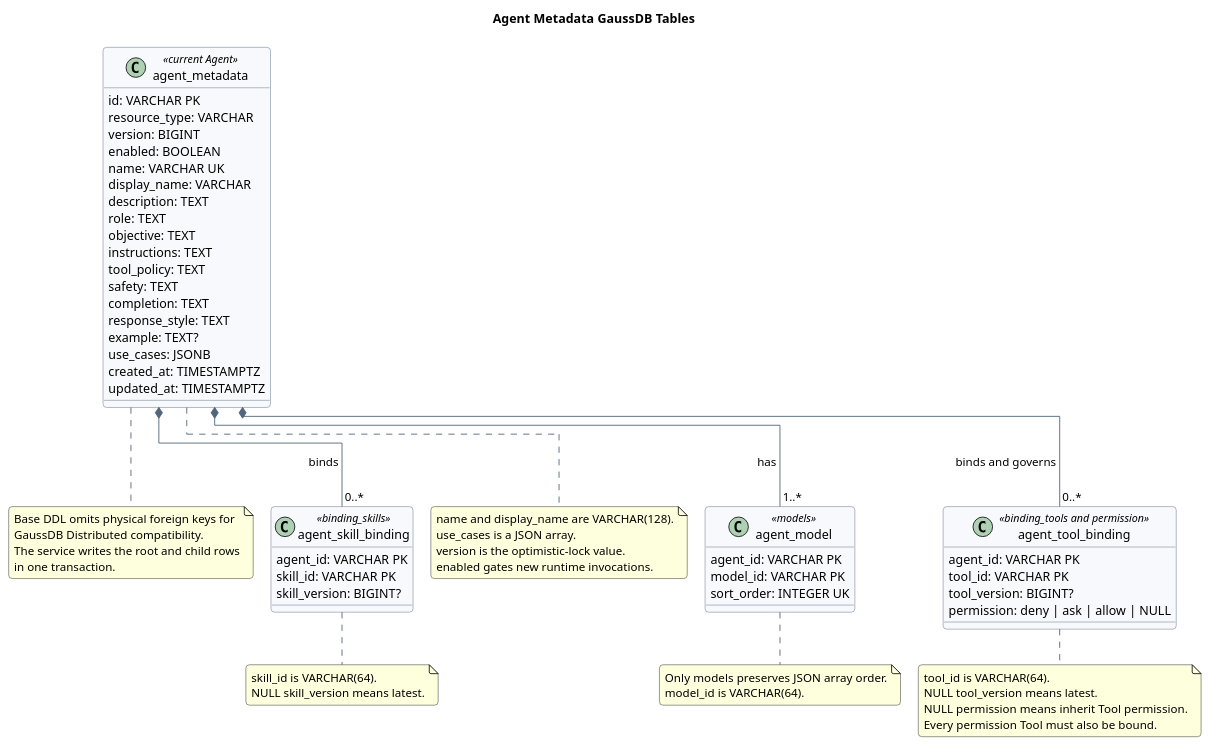
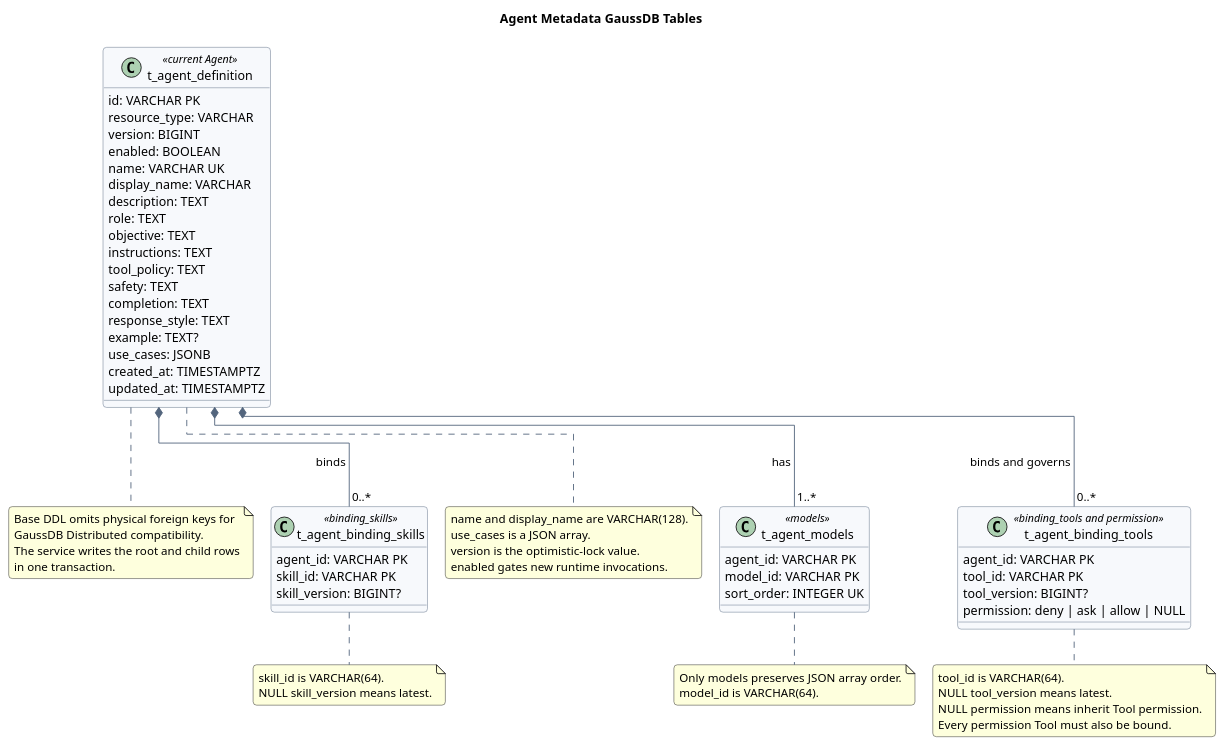
Before and after one commit to superheromeZzh/pi-mono-java-design: the diagram in agent-metadata-gaussdb-design/diagram.puml, drawn with PlantUML. The commit also changed other lines of this file and 3 other files, not shown here.

```diff
--- a/agent-metadata-gaussdb-design/diagram.puml
+++ b/agent-metadata-gaussdb-design/diagram.puml
@@ -6,106 +6,106 @@
 @startuml agent_metadata_gaussdb_model
 !pragma layout elk
 title Agent Metadata GaussDB Tables
 top to bottom direction
 
 skinparam backgroundColor #FFFFFF
 skinparam shadowing false
 skinparam roundcorner 8
 skinparam nodesep 45
 skinparam ranksep 50
 skinparam ArrowColor #53657D
 skinparam ClassBorderColor #53657D
 skinparam ClassBackgroundColor #F7F9FC
 skinparam classAttributeIconSize 0
 
 ' Source evidence:
 ' - Repository-relative path, Git-escaped:
 '   "AGENT\345\205\203\346\225\260\346\215\256\350\256\276\350\256\241.json":2-47.
-' - Fields at lines 2-24 map to agent_metadata; enabled is Boolean.
+' - Fields at lines 2-24 map to t_agent_definition; enabled is Boolean.
 ' - models at line 11 maps to the only ordered child table.
 ' - Tool binding and permission fields at lines 25-30 and 37-47 are merged.
 ' - Skill bindings at lines 31-36 have no order column.
 ' Observed behavior: the current JSON is a current-state Agent resource with a
 ' monotonically increasing version and no separate history resource.
 ' Design reason: fixed scalar and system prompt fields use typed columns,
 ' use_cases remains one JSON array, and independently queried references use tables.
 ' Product constraint: only model order is persisted; Tool and Skill order is not.
 ' GaussDB divergence: physical foreign keys are optional because GaussDB
 ' Distributed does not support them; the base DDL uses logical relationships.
 
-class agent_metadata <<current Agent>> {
+class t_agent_definition <<current Agent>> {
   id: VARCHAR PK
   resource_type: VARCHAR
   version: BIGINT
   enabled: BOOLEAN
   name: VARCHAR UK
   display_name: VARCHAR
   description: TEXT
   role: TEXT
   objective: TEXT
   instructions: TEXT
   tool_policy: TEXT
   safety: TEXT
   completion: TEXT
   response_style: TEXT
   example: TEXT?
   use_cases: JSONB
   created_at: TIMESTAMPTZ
   updated_at: TIMESTAMPTZ
 }
 
-class agent_model <<models>> {
+class t_agent_models <<models>> {
   agent_id: VARCHAR PK
   model_id: VARCHAR PK
   sort_order: INTEGER UK
 }
 
-class agent_tool_binding <<binding_tools and permission>> {
+class t_agent_binding_tools <<binding_tools and permission>> {
   agent_id: VARCHAR PK
   tool_id: VARCHAR PK
   tool_version: BIGINT?
   permission: deny | ask | allow | NULL
 }
 
-class agent_skill_binding <<binding_skills>> {
+class t_agent_binding_skills <<binding_skills>> {
   agent_id: VARCHAR PK
   skill_id: VARCHAR PK
   skill_version: BIGINT?
 }
 
-agent_metadata *-- "1..*" agent_model : has
-agent_metadata *-- "0..*" agent_tool_binding : binds and governs
-agent_metadata *-- "0..*" agent_skill_binding : binds
+t_agent_definition *-- "1..*" t_agent_models : has
+t_agent_definition *-- "0..*" t_agent_binding_tools : binds and governs
+t_agent_definition *-- "0..*" t_agent_binding_skills : binds
 
-note right of agent_metadata
+note right of t_agent_definition
 name and display_name are VARCHAR(128).
 use_cases is a JSON array.
 version is the optimistic-lock value.
 enabled gates new runtime invocations.
 end note
 
-note right of agent_model
+note right of t_agent_models
 Only models preserves JSON array order.
 model_id is VARCHAR(64).
 end note
 
-note bottom of agent_tool_binding
+note bottom of t_agent_binding_tools
 tool_id is VARCHAR(64).
 NULL tool_version means latest.
 NULL permission means inherit Tool permission.
 Every permission Tool must also be bound.
 end note
 
-note bottom of agent_skill_binding
+note bottom of t_agent_binding_skills
 skill_id is VARCHAR(64).
 NULL skill_version means latest.
 end note
 
-note bottom of agent_metadata
+note bottom of t_agent_definition
 Base DDL omits physical foreign keys for
 GaussDB Distributed compatibility.
 The service writes the root and child rows
 in one transaction.
 end note
 
 @enduml
```
